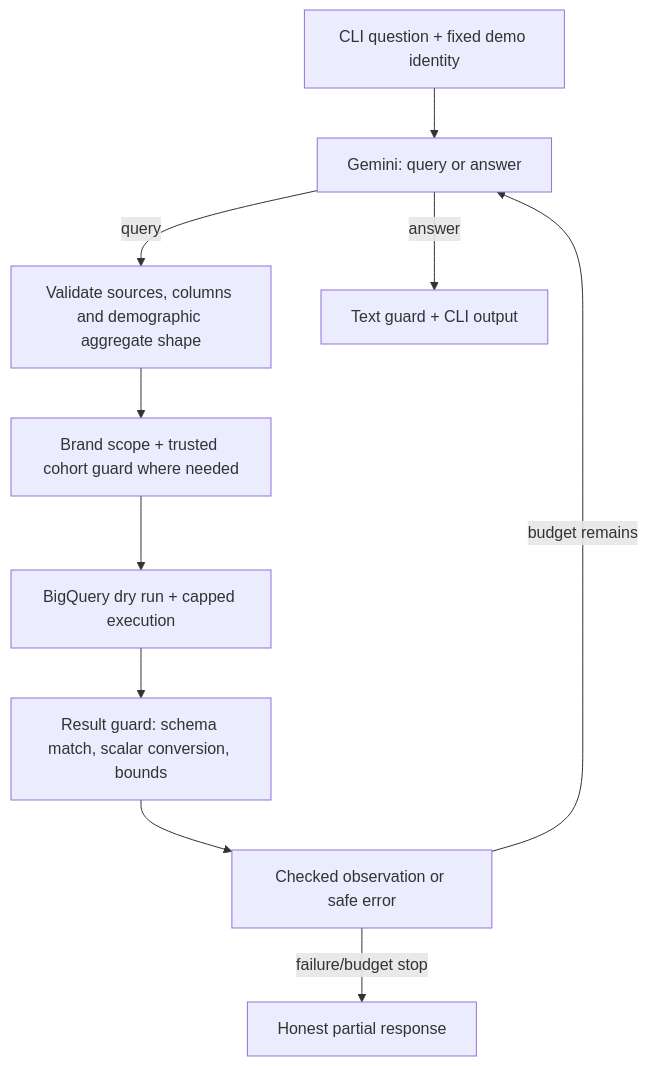
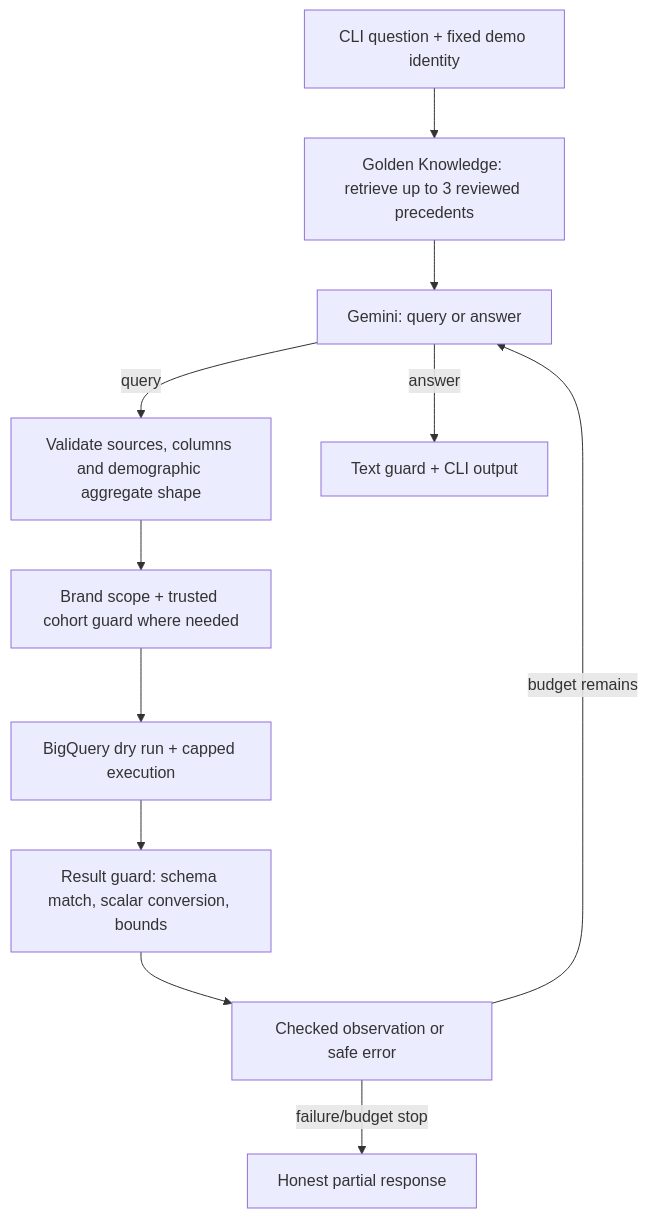
One commit to BenFruit/opsfleet_retail changed the diagram in README.md. Above: the diagram before and after it, drawn with Mermaid. The commit also changed other lines of this file and 35 other files, not shown here.

First line of the commit message:
feat: add Golden Knowledge trios, ingestion and retrieval

````diff
--- a/README.md
+++ b/README.md
@@ -124,12 +124,13 @@
 ```mermaid
 flowchart TD
-    U[CLI question + fixed demo identity] --> P[Gemini: query or answer]
+    U[CLI question + fixed demo identity] --> K[Golden Knowledge: retrieve up to 3 reviewed precedents]
+    K --> P[Gemini: query or answer]
     P -->|query| V[Validate sources, columns and demographic aggregate shape]
     V --> S[Brand scope + trusted cohort guard where needed]
     S --> Q[BigQuery dry run + capped execution]
     Q --> G[Result guard: schema match, scalar conversion, bounds]
     G --> O[Checked observation or safe error]
     O -->|budget remains| P
     P -->|answer| A[Text guard + CLI output]
     O -->|failure/budget stop| F[Honest partial response]
 ```
````
